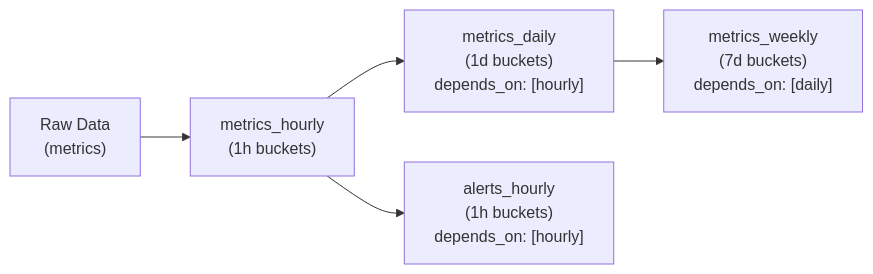
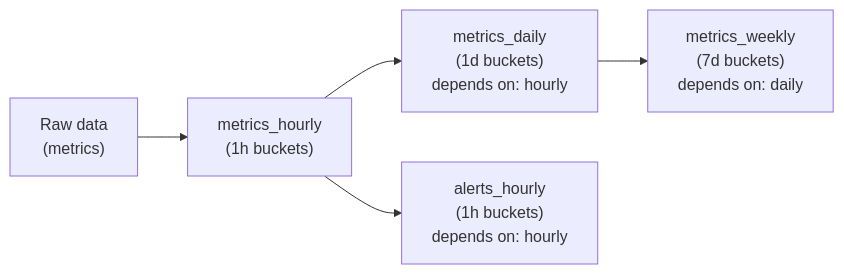
One commit to databricks-solutions/lakets changed the first of 3 diagrams in website/docs/guides/how-it-works/rollups.md. Above: the diagram before and after it, drawn with Mermaid. The commit also changed other lines of this file and 128 other files, not shown here.

````diff
--- a/website/docs/guides/how-it-works/rollups.md
+++ b/website/docs/guides/how-it-works/rollups.md
@@ -236,13 +134,13 @@
 ```mermaid
 flowchart LR
-    RAW["Raw Data<br/>(metrics)"]
+    RAW["Raw data<br/>(metrics)"]
     H["metrics_hourly<br/>(1h buckets)"]
-    D["metrics_daily<br/>(1d buckets)<br/>depends_on: [hourly]"]
-    W["metrics_weekly<br/>(7d buckets)<br/>depends_on: [daily]"]
-    A["alerts_hourly<br/>(1h buckets)<br/>depends_on: [hourly]"]
+    D["metrics_daily<br/>(1d buckets)<br/>depends on: hourly"]
+    W["metrics_weekly<br/>(7d buckets)<br/>depends on: daily"]
+    A["alerts_hourly<br/>(1h buckets)<br/>depends on: hourly"]
 
     RAW --> H
     H --> D
     H --> A
     D --> W
 ```
````
